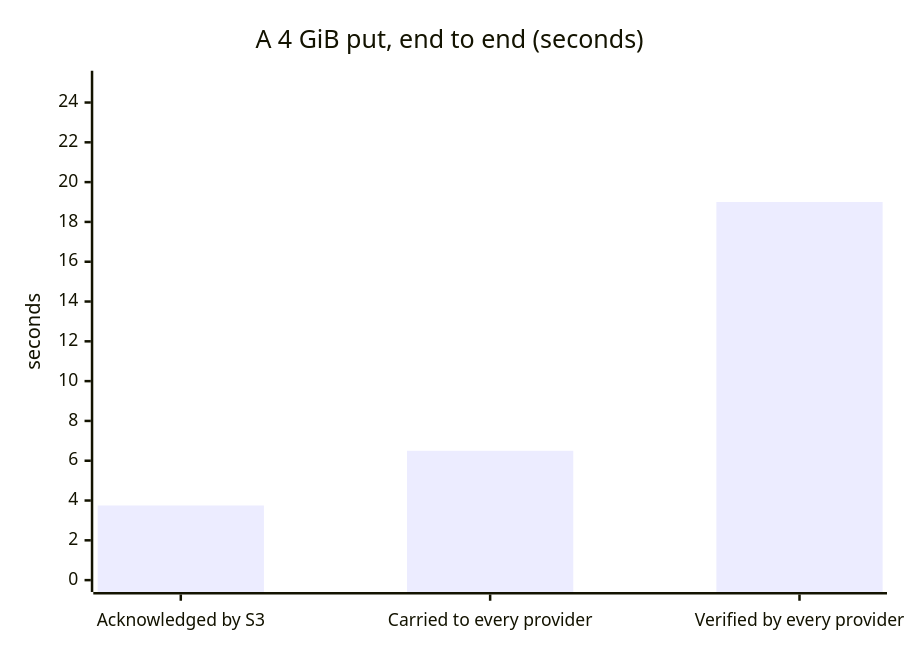
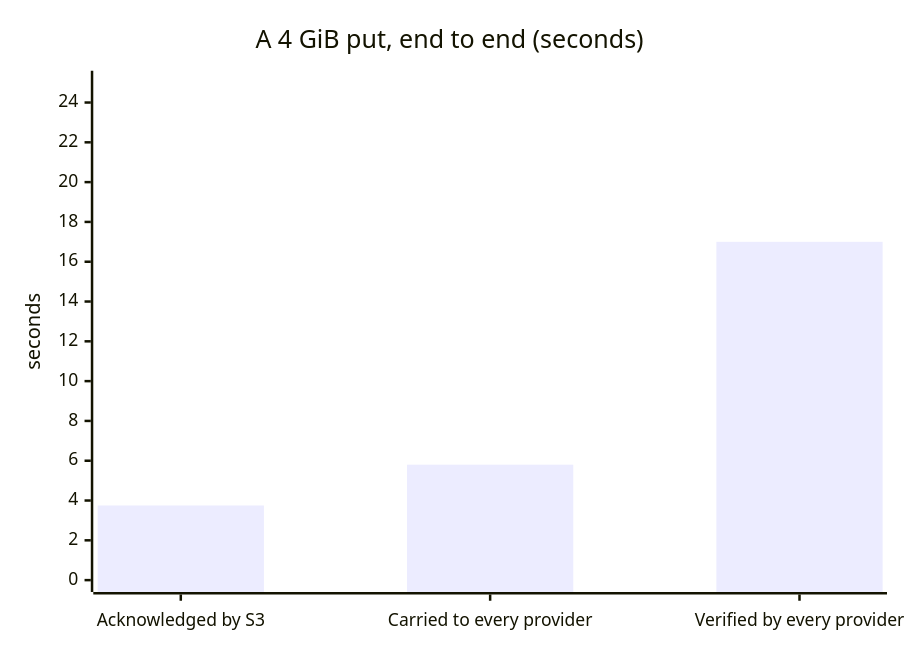
One commit to lightwebinc/bstore changed the second of 2 diagrams in README.md. Above: the diagram before and after it, drawn with Mermaid. The commit also changed other lines of this file, not shown here.

````diff
--- a/README.md
+++ b/README.md
@@ -99,7 +99,7 @@
 ```mermaid
 xychart-beta
   title "A 4 GiB put, end to end (seconds)"
   x-axis ["Acknowledged by S3", "Carried to every provider", "Verified by every provider"]
   y-axis "seconds" 0 --> 25
-  bar [3.75, 6.5, 19]
+  bar [3.75, 5.8, 17]
 ```
````
